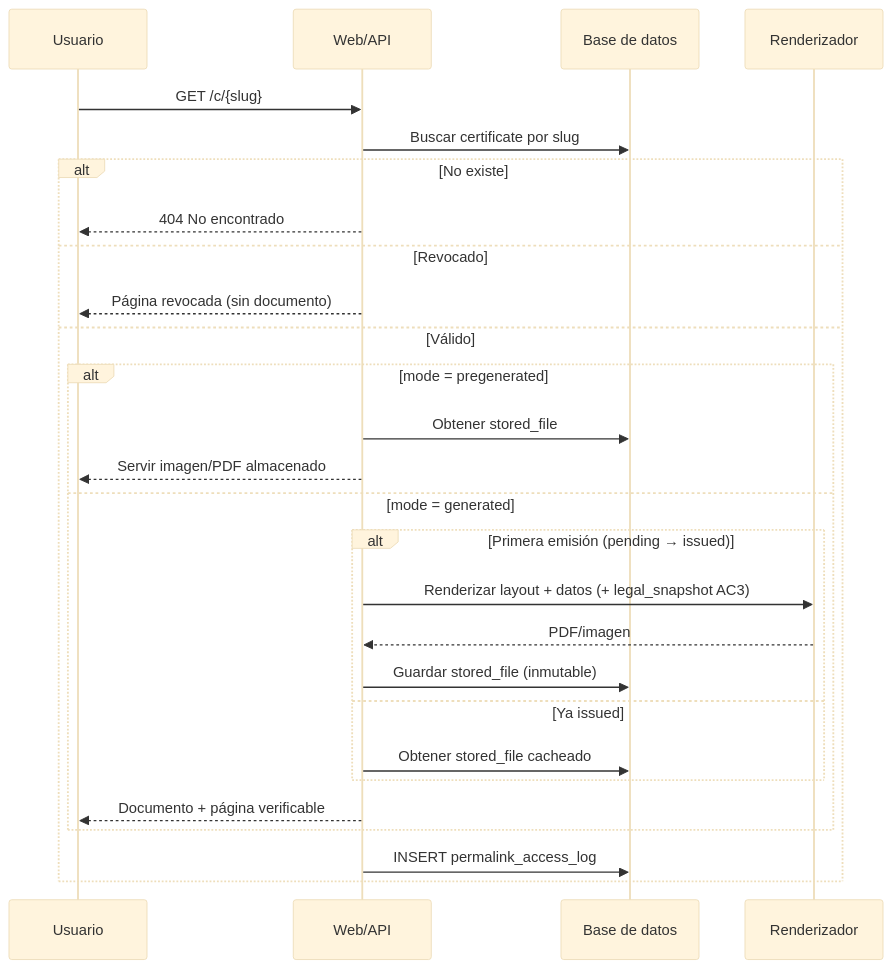
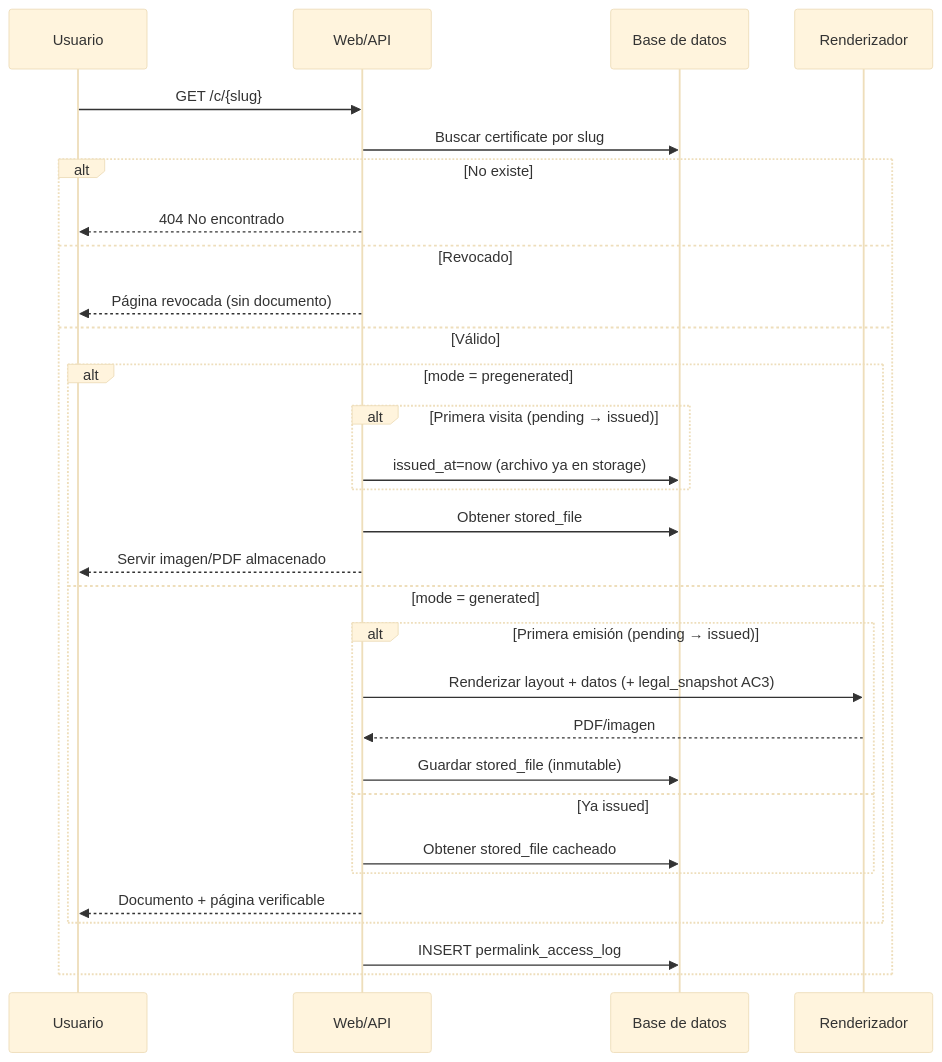
The second of 9 diagrams in docs/04-flujos-funcionales.md (OSMLatam/certificados), drawn with Mermaid (base theme) before and after one commit. The commit also changed other lines of this file and 13 other files, not shown here.

````diff
--- a/docs/04-flujos-funcionales.md
+++ b/docs/04-flujos-funcionales.md
@@ -56,30 +56,33 @@
 ```mermaid
 sequenceDiagram
     participant U as Usuario
     participant W as Web/API
     participant DB as Base de datos
     participant R as Renderizador
 
     U->>W: GET /c/{slug}
     W->>DB: Buscar certificate por slug
     alt No existe
         W-->>U: 404 No encontrado
     else Revocado
         W-->>U: Página revocada (sin documento)
     else Válido
         alt mode = pregenerated
+            alt Primera visita (pending → issued)
+                W->>DB: issued_at=now (archivo ya en storage)
+            end
             W->>DB: Obtener stored_file
             W-->>U: Servir imagen/PDF almacenado
         else mode = generated
             alt Primera emisión (pending → issued)
                 W->>R: Renderizar layout + datos (+ legal_snapshot AC3)
                 R-->>W: PDF/imagen
                 W->>DB: Guardar stored_file (inmutable)
             else Ya issued
                 W->>DB: Obtener stored_file cacheado
             end
             W-->>U: Documento + página verificable
         end
         W->>DB: INSERT permalink_access_log
     end
 ```
````
